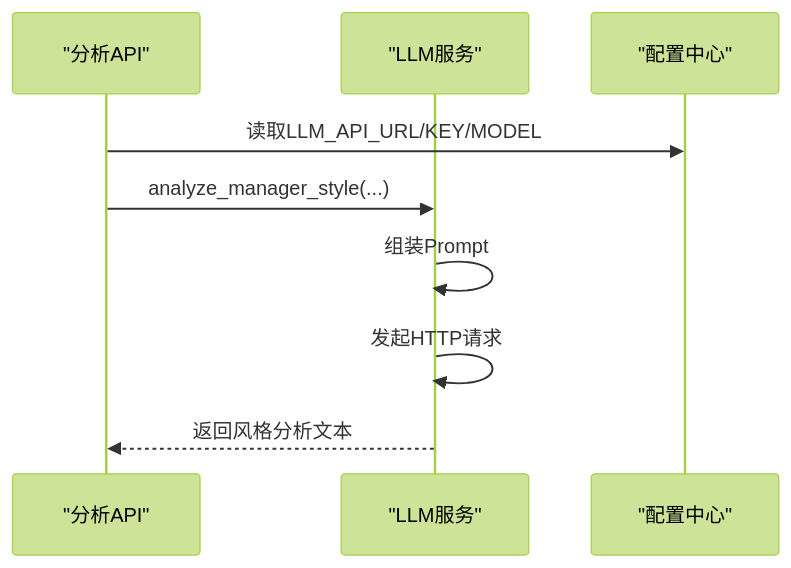
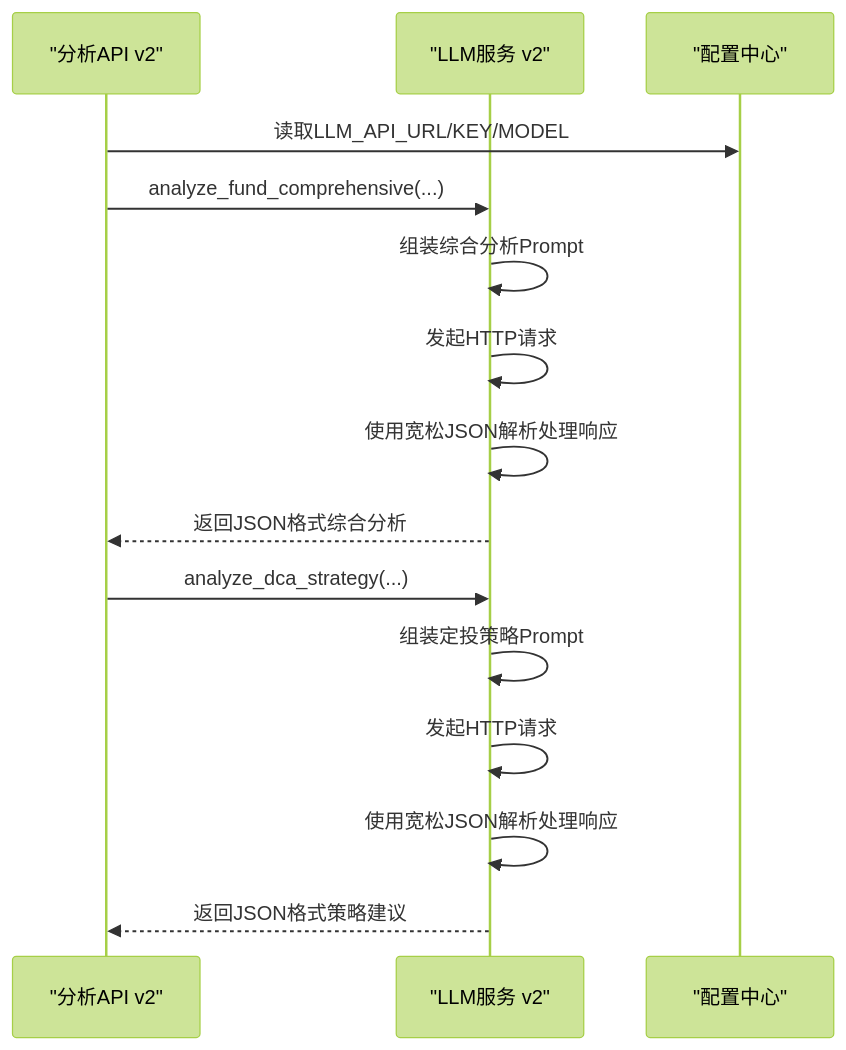
Before and after one commit to youkell85/FundTrader: the fifth of 10 diagrams in .qoder/repowiki/zh/content/核心功能模块/AI分析服务.md, drawn with Mermaid (forest theme). The commit also changed other lines of this file and 11 other files, not shown here.

````diff
--- a/.qoder/repowiki/zh/content/核心功能模块/AI分析服务.md
+++ b/.qoder/repowiki/zh/content/核心功能模块/AI分析服务.md
@@ -177,11 +242,17 @@
 ```mermaid
 sequenceDiagram
-participant API as "分析API"
-participant LLM as "LLM服务"
+participant API as "分析API v2"
+participant LLM as "LLM服务 v2"
 participant CFG as "配置中心"
 API->>CFG : 读取LLM_API_URL/KEY/MODEL
-API->>LLM : analyze_manager_style(...)
-LLM->>LLM : 组装Prompt
+API->>LLM : analyze_fund_comprehensive(...)
+LLM->>LLM : 组装综合分析Prompt
 LLM->>LLM : 发起HTTP请求
-LLM-->>API : 返回风格分析文本
+LLM->>LLM : 使用宽松JSON解析处理响应
+LLM-->>API : 返回JSON格式综合分析
+API->>LLM : analyze_dca_strategy(...)
+LLM->>LLM : 组装定投策略Prompt
+LLM->>LLM : 发起HTTP请求
+LLM->>LLM : 使用宽松JSON解析处理响应
+LLM-->>API : 返回JSON格式策略建议
 ```
````
